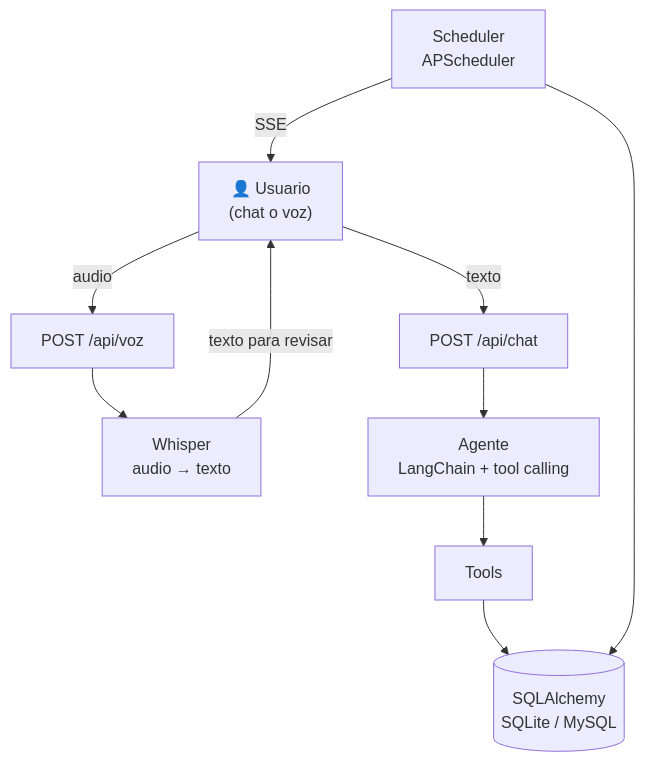
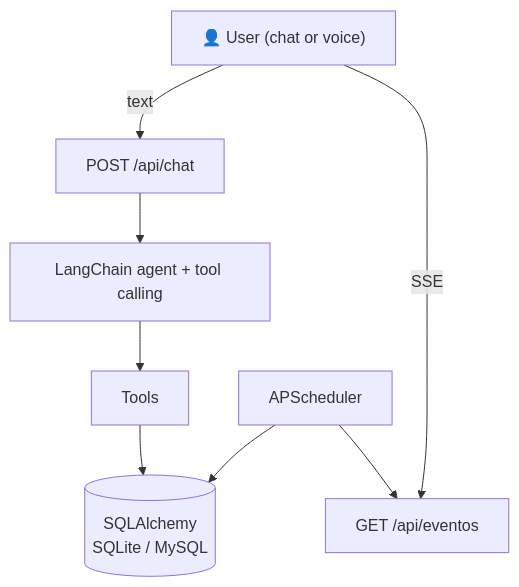
One commit to abyssace/Trackr changed the diagram in README.md. Above: the diagram before and after it, drawn with Mermaid. The commit also changed other lines of this file, not shown here.

Commit message:
docs: rewrite README with architecture, setup and roadmap

````diff
--- a/README.md
+++ b/README.md
@@ -82,13 +29,11 @@
 ```mermaid
 flowchart TD
-    U["👤 Usuario<br/>(chat o voz)"]
-    U -->|texto| C["POST /api/chat"]
-    U -->|audio| V["POST /api/voz"]
-    V --> W["Whisper<br/>audio → texto"]
-    W -->|"texto para revisar"| U
-    C --> A["Agente<br/>LangChain + tool calling"]
+    U["👤 User (chat or voice)"]
+    U -->|text| C["POST /api/chat"]
+    U -->|SSE| E["GET /api/eventos"]
+    C --> A["LangChain agent + tool calling"]
     A --> T["Tools"]
     T --> D[("SQLAlchemy<br/>SQLite / MySQL")]
-    S["Scheduler<br/>APScheduler"] --> D
-    S -->|"SSE"| U
+    S["APScheduler"] --> D
+    S --> E
 ```
````
